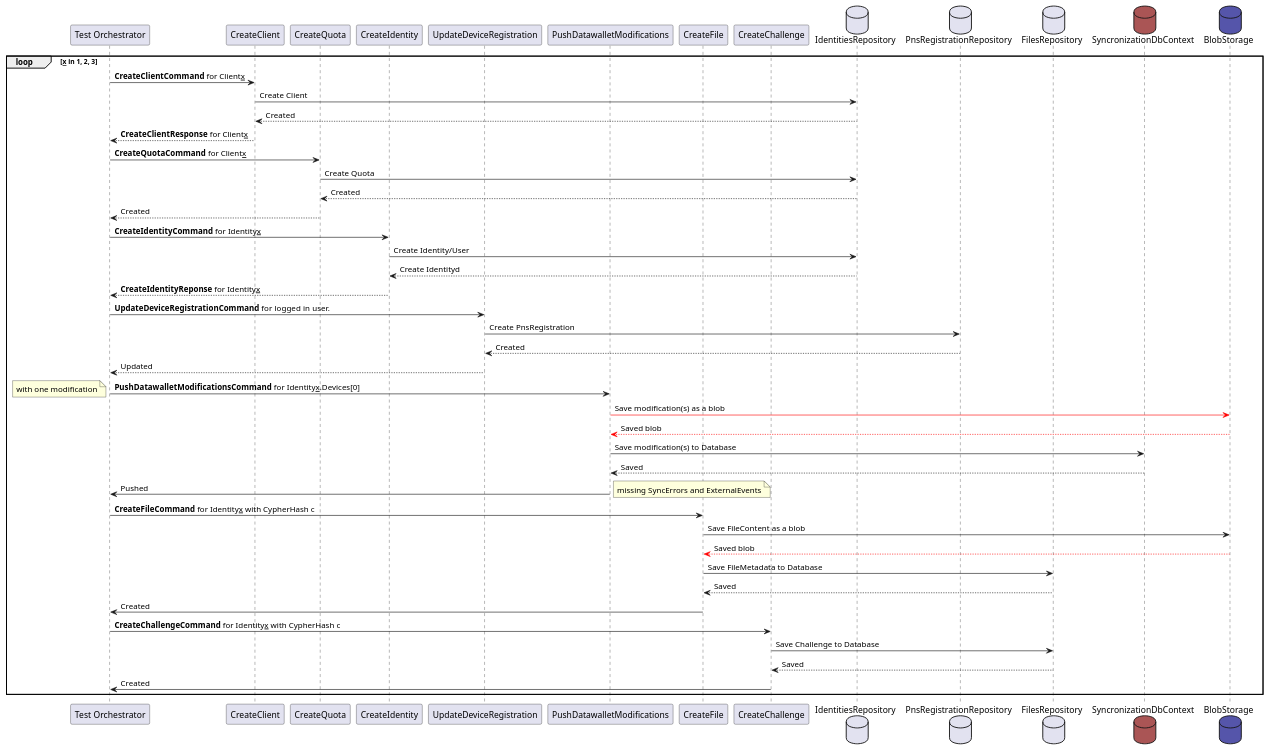
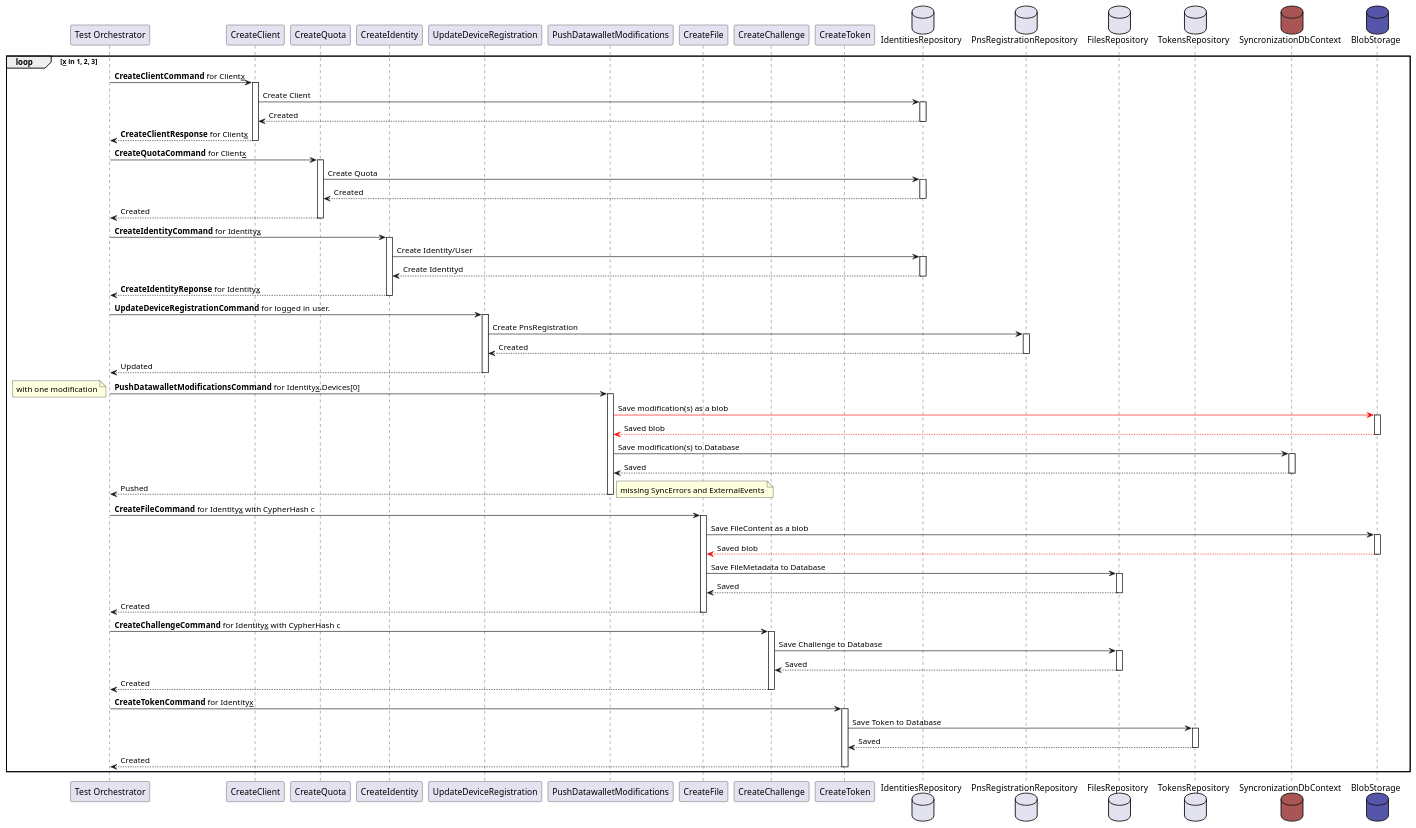
The diagram in UMLs/createIdentity.puml (Dannyps/nmshd-backbone), drawn with PlantUML before and after one commit.

Commit message:
feat: add tokens, fixes

```diff
--- a/UMLs/createIdentity.puml
+++ b/UMLs/createIdentity.puml
@@ -1,64 +1,71 @@
 @startuml Identity Creation
 participant "Test Orchestrator" as to order 1
 
 participant CreateClient as h_cc order 20
 participant CreateQuota as h_cq order 20
 participant CreateIdentity as h_ci order 21
 participant UpdateDeviceRegistration as h_udr order 22
 participant PushDatawalletModifications as h_pdwm order 23
 participant CreateFile as h_cfc order 24
 participant CreateChallenge as h_ccc order 25
+participant CreateToken as h_ctc order 25
 
 database IdentitiesRepository as d_id order 100
 database PnsRegistrationRepository as d_pnsr order 100
 database FilesRepository as d_fr order 100
+database TokensRepository as d_tr order 100
 database SyncronizationDbContext as d_sync order 100 #aa5555 
 database BlobStorage as bs order 120 #5555aa
 
-autoactivate off
+autoactivate on
 
 loop __x__ in 1, 2, 3
 
     to -> h_cc          : **CreateClientCommand** for Client__x__
     h_cc -> d_id        : Create Client
     h_cc <-- d_id       : Created
     to <-- h_cc         : **CreateClientResponse** for Client__x__
 
     to -> h_cq          : **CreateQuotaCommand** for Client__x__
     h_cq -> d_id        : Create Quota
     h_cq <-- d_id       : Created
     to <-- h_cq         : Created
 
     to -> h_ci          : **CreateIdentityCommand** for Identity__x__
     h_ci -> d_id        : Create Identity/User
     h_ci <-- d_id       : Create Identityd
     to <-- h_ci         : **CreateIdentityReponse** for Identity__x__
     
     to -> h_udr         : **UpdateDeviceRegistrationCommand** for logged in user.
     h_udr -> d_pnsr     : Create PnsRegistration
     h_udr <-- d_pnsr    : Created
     to <-- h_udr        : Updated
     
     to -> h_pdwm        : **PushDatawalletModificationsCommand** for Identity__x__.Devices[0]
     note left           : with one modification
     h_pdwm -[#red]> bs  : Save modification(s) as a blob
     h_pdwm <-[#red]- bs : Saved blob
     h_pdwm -> d_sync    : Save modification(s) to Database 
     h_pdwm <-- d_sync   : Saved 
-    h_pdwm -> to        : Pushed
+    h_pdwm --> to        : Pushed
     note right: missing SyncErrors and ExternalEvents
     
     to -> h_cfc        : **CreateFileCommand** for Identity__x__ with CypherHash c
     h_cfc -> bs        : Save FileContent as a blob
     h_cfc <-[#red]- bs : Saved blob
     h_cfc -> d_fr      : Save FileMetadata to Database 
     h_cfc <-- d_fr     : Saved 
-    h_cfc -> to        : Created
+    h_cfc --> to        : Created
 
     to -> h_ccc        : **CreateChallengeCommand** for Identity__x__ with CypherHash c
     h_ccc -> d_fr      : Save Challenge to Database 
     h_ccc <-- d_fr     : Saved
-    h_ccc -> to        : Created
+    h_ccc --> to        : Created
+
+    to -> h_ctc        : **CreateTokenCommand** for Identity__x__
+    h_ctc -> d_tr      : Save Token to Database 
+    h_ctc <-- d_tr     : Saved
+    h_ctc --> to        : Created
     
 end
 @enduml
```
